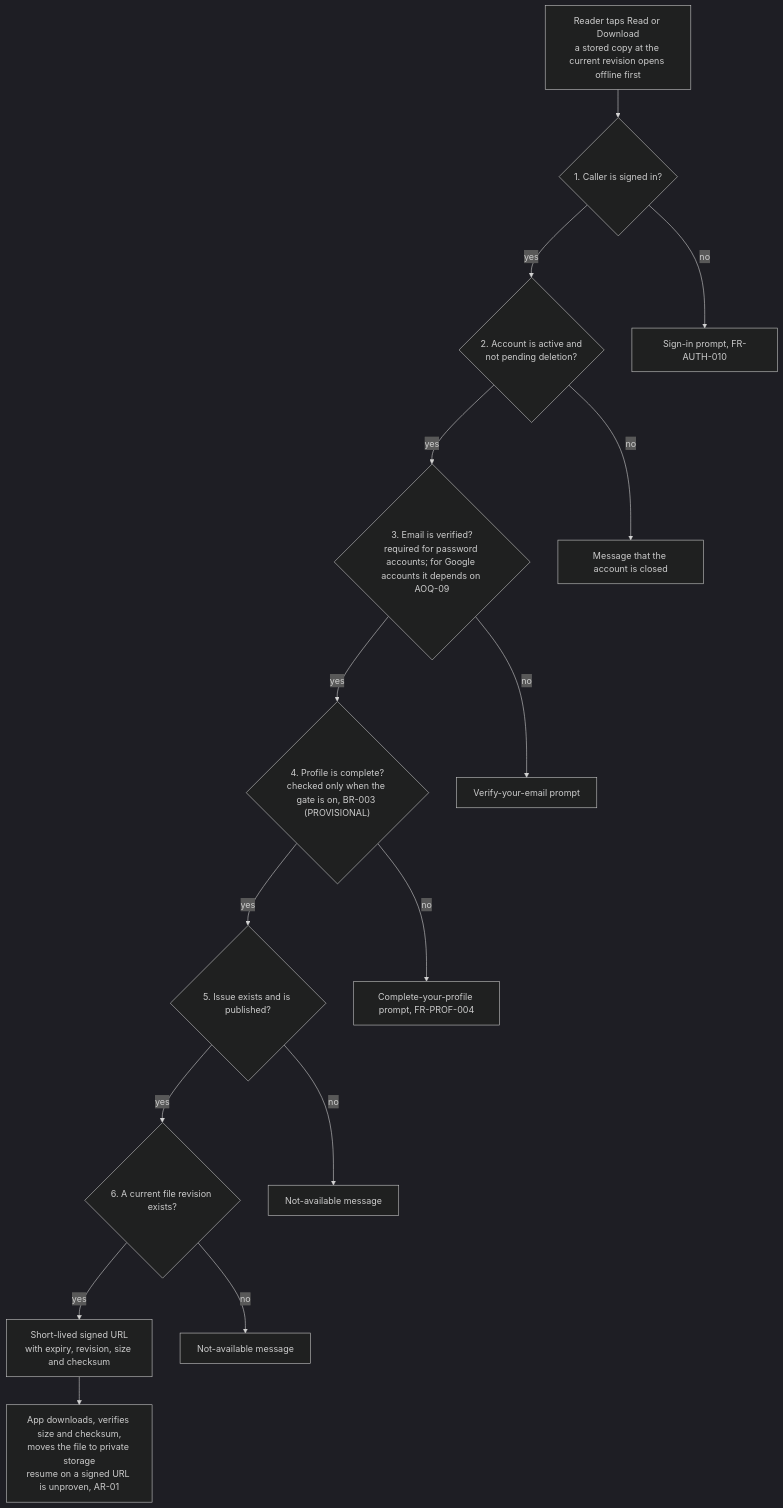
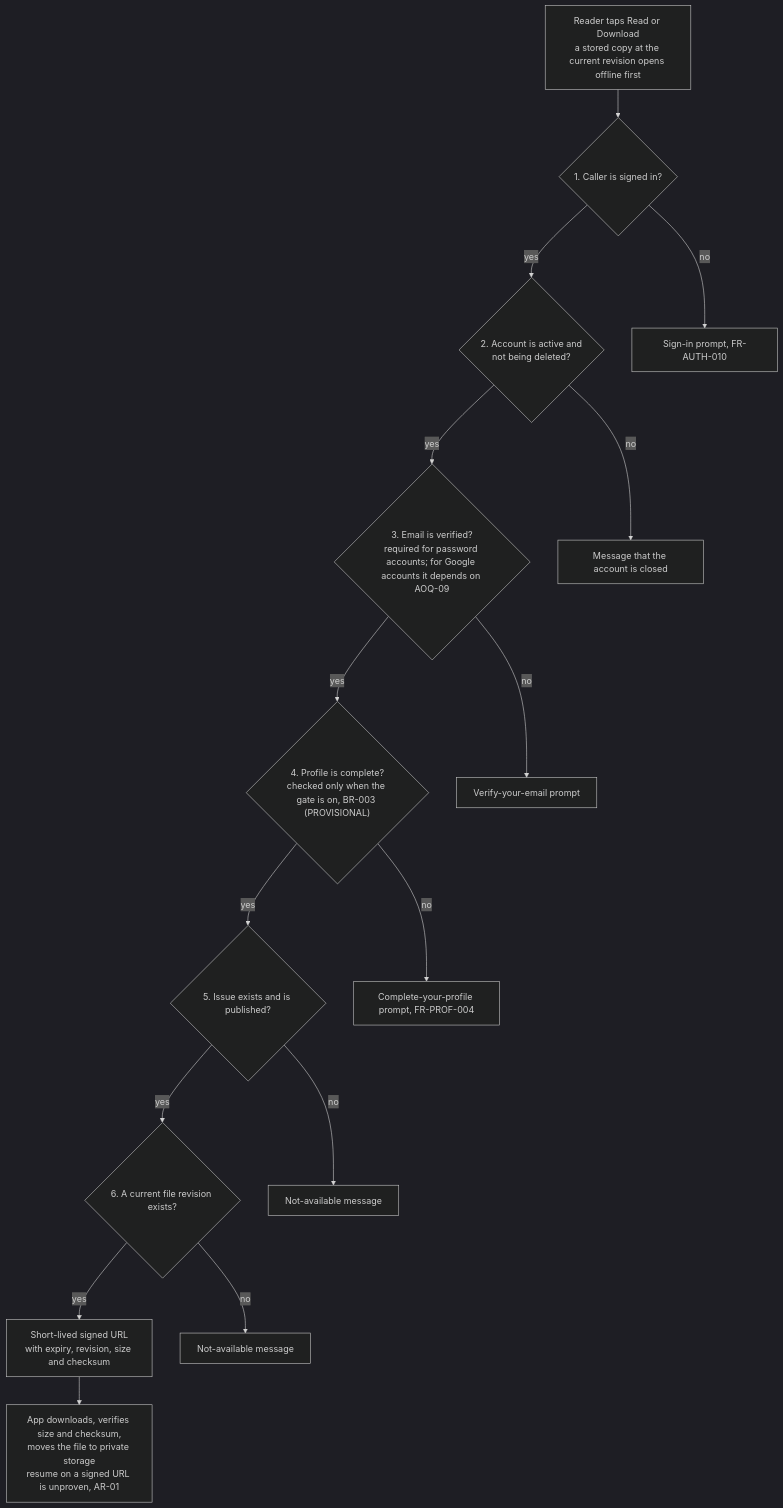
The fourth of 12 diagrams in Documentation/SYSTEM_ARCHITECTURE.md (sanikaattarde/Metal-Forming-World-MFW-), drawn with Mermaid (dark theme) before and after one commit. The commit also changed other lines of this file and 20 other files, not shown here.

````diff
--- a/Documentation/SYSTEM_ARCHITECTURE.md
+++ b/Documentation/SYSTEM_ARCHITECTURE.md
@@ -674,32 +675,32 @@
 ```mermaid
 flowchart TB
   start["Reader taps Read or Download<br/>a stored copy at the current revision opens offline first"]
   c1{"1. Caller is signed in?"}
-  c2{"2. Account is active and<br/>not pending deletion?"}
+  c2{"2. Account is active and<br/>not being deleted?"}
   c3{"3. Email is verified?<br/>required for password accounts; for Google accounts it depends on AOQ-09"}
   c4{"4. Profile is complete?<br/>checked only when the gate is on, BR-003 (PROVISIONAL)"}
   c5{"5. Issue exists and is published?"}
   c6{"6. A current file revision exists?"}
   url["Short-lived signed URL<br/>with expiry, revision, size and checksum"]
   dl["App downloads, verifies size and checksum,<br/>moves the file to private storage<br/>resume on a signed URL is unproven, AR-01"]
   f1["Sign-in prompt, FR-AUTH-010"]
   f2["Message that the account is closed"]
   f3["Verify-your-email prompt"]
   f4["Complete-your-profile prompt, FR-PROF-004"]
   f5["Not-available message"]
   f6["Not-available message"]
   start --> c1
   c1 -->|yes| c2
   c2 -->|yes| c3
   c3 -->|yes| c4
   c4 -->|yes| c5
   c5 -->|yes| c6
   c6 -->|yes| url
   url --> dl
   c1 -->|no| f1
   c2 -->|no| f2
   c3 -->|no| f3
   c4 -->|no| f4
   c5 -->|no| f5
   c6 -->|no| f6
 ```
````
